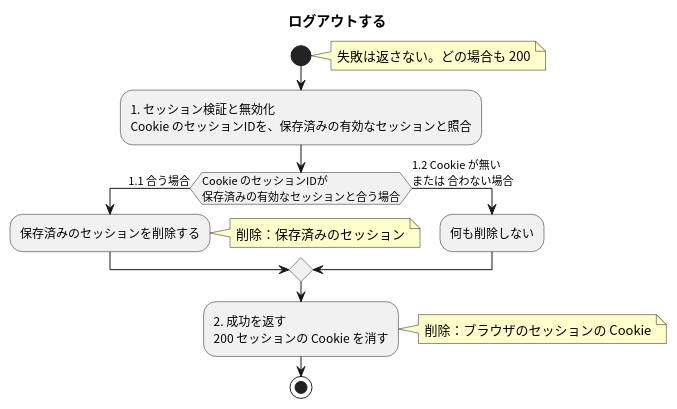
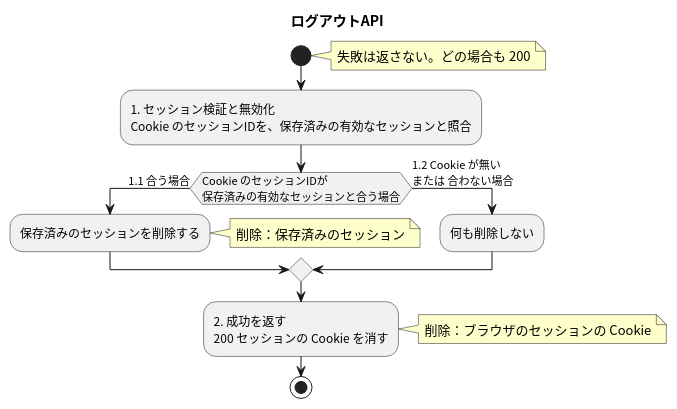
One commit to masamasamasato/design-doc-template changed the diagram in apis/logout/flow.puml. Above: the diagram before and after it, drawn with PlantUML. The commit also changed 95 other files, not shown here.

```diff
--- a/apis/logout/flow.puml
+++ b/apis/logout/flow.puml
@@ -3,21 +3,21 @@
 @startuml
 skinparam shadowing false
 skinparam defaultFontName "Noto Sans CJK JP"
 skinparam ActivityFontName "Noto Sans CJK JP"
 skinparam NoteBackgroundColor #FFFFCC
 
-title ログアウトする
+title ログアウトAPI
 
 start
 note right: 失敗は返さない。どの場合も 200
 :1. セッション検証と無効化\nCookie のセッションIDを、保存済みの有効なセッションと照合;
 if (Cookie のセッションIDが\n保存済みの有効なセッションと合う場合) then (1.1 合う場合)
   :保存済みのセッションを削除する;
   note right: 削除：保存済みのセッション
 else (1.2 Cookie が無い\nまたは 合わない場合)
   :何も削除しない;
 endif
 :2. 成功を返す\n200 セッションの Cookie を消す;
 note right: 削除：ブラウザのセッションの Cookie
 stop
 @enduml
```
